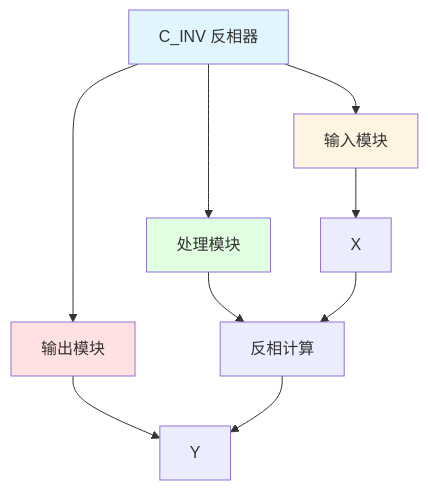
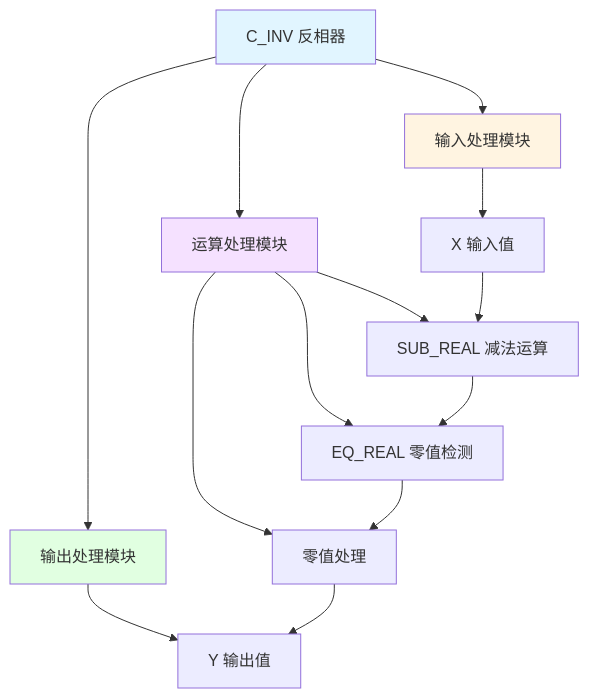
One commit to dlgt6/c changed the diagram in C_INV_分析报告.md. Above: the diagram before and after it, drawn with Mermaid. The commit also changed other lines of this file and 25 other files, not shown here.

````diff
--- a/C_INV_分析报告.md
+++ b/C_INV_分析报告.md
@@ -19,20 +30,24 @@
 ```mermaid
 graph TD
-    A[C_INV 反相器] --> B[输入模块]
-    A --> C[处理模块]
-    A --> D[输出模块]
+    A[C_INV 反相器] --> B[输入处理模块]
+    A --> C[运算处理模块]
+    A --> D[输出处理模块]
     
-    B --> B1[X]
+    B --> B1[X 输入值]
     
-    C --> C1[反相计算]
+    C --> C1[SUB_REAL 减法运算]
+    C --> C2[EQ_REAL 零值检测]
+    C --> C3[零值处理]
     
-    D --> D1[Y]
+    D --> D1[Y 输出值]
     
     B1 --> C1
-    C1 --> D1
+    C1 --> C2
+    C2 --> C3
+    C3 --> D1
     
     style A fill:#e1f5ff
     style B fill:#fff4e1
-    style C fill:#e1ffe1
-    style D fill:#ffe1e1
+    style C fill:#f5e1ff
+    style D fill:#e1ffe1
 ```
````
